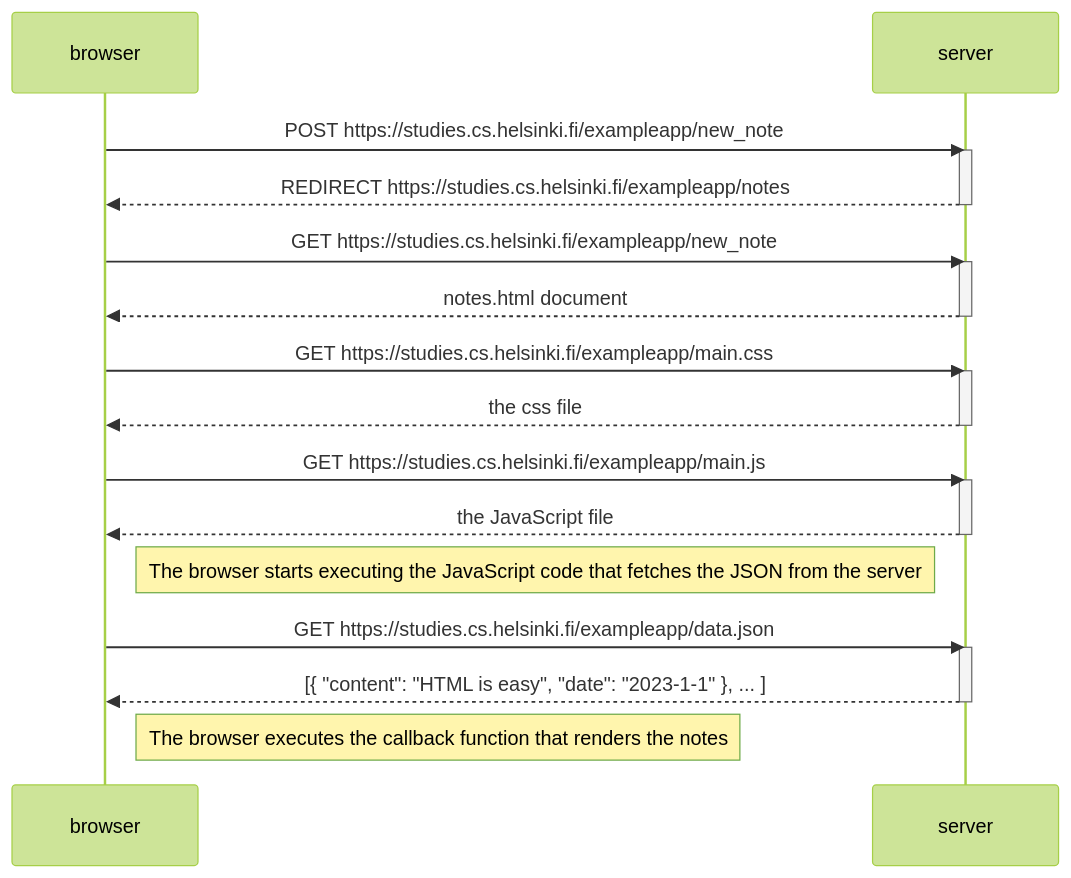
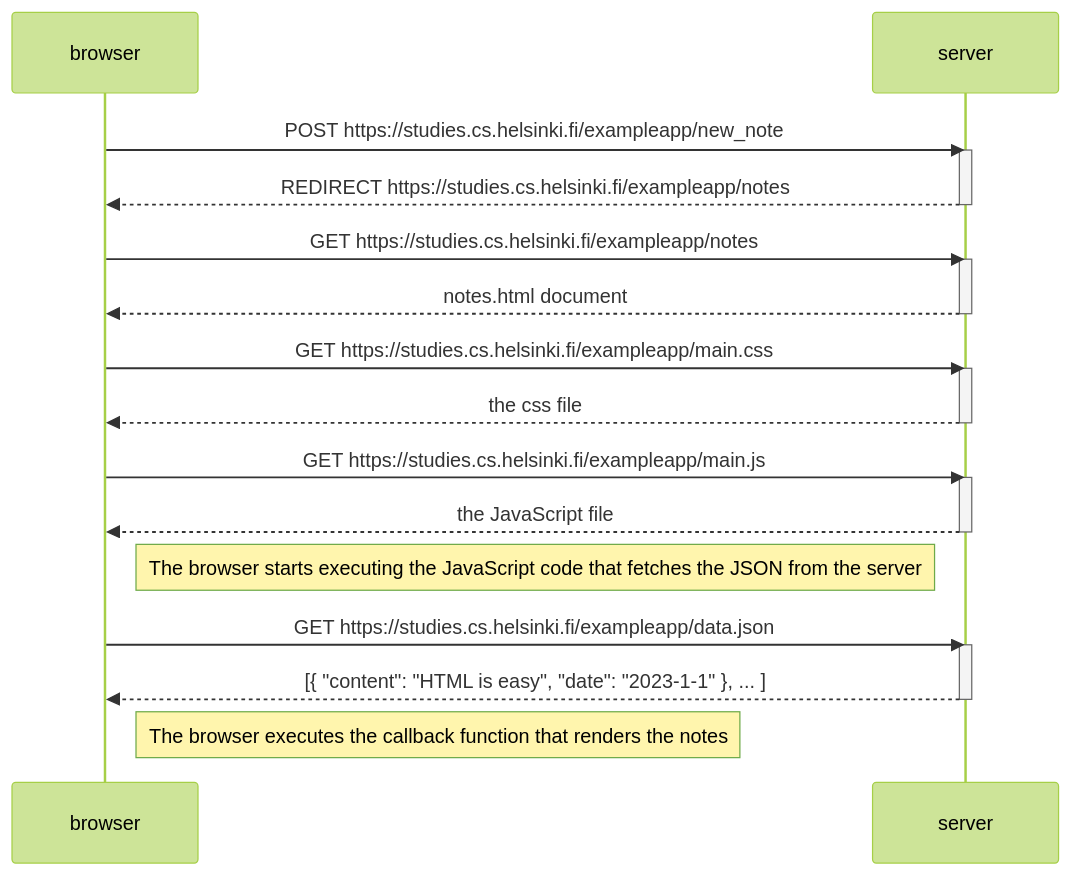
One commit to susannakinnunen/Full-Stack-Exercises changed the diagram in part0/0.4.md. Above: the diagram before and after it, drawn with Mermaid (forest theme).

````diff
--- a/part0/0.4.md
+++ b/part0/0.4.md
@@ -1,37 +1,37 @@
 ```mermaid
 
 sequenceDiagram 
 	participant browser
 	participant  server
 
 	browser->>server: POST https://studies.cs.helsinki.fi/exampleapp/new_note
 	activate server
    	server-->>browser: REDIRECT https://studies.cs.helsinki.fi/exampleapp/notes
 	deactivate server
 	
-	browser->>server: GET https://studies.cs.helsinki.fi/exampleapp/new_note
+	browser->>server: GET https://studies.cs.helsinki.fi/exampleapp/notes
 	activate server
    	server-->>browser: notes.html document
 	deactivate server
 	
 	browser->>server: GET https://studies.cs.helsinki.fi/exampleapp/main.css
     	activate server
     	server-->>browser: the css file
     	deactivate server
 	
     	browser->>server: GET https://studies.cs.helsinki.fi/exampleapp/main.js
     	activate server
     	server-->>browser: the JavaScript file
     	deactivate server
 
     	Note right of browser: The browser starts executing the JavaScript code that fetches the JSON from the 		server
 
     	browser->>server: GET https://studies.cs.helsinki.fi/exampleapp/data.json
     	activate server
     	server-->>browser: [{ "content": "HTML is easy", "date": "2023-1-1" }, ... ]
     	deactivate server    
 
     	Note right of browser: The browser executes the callback function that renders the notes 
 
 	
 ```
````
